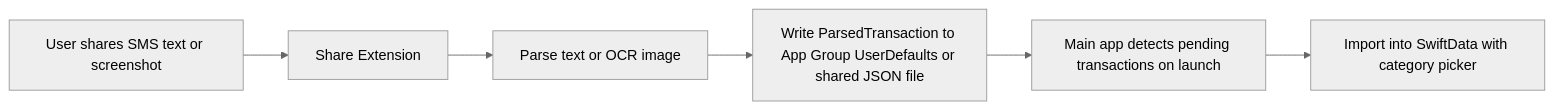
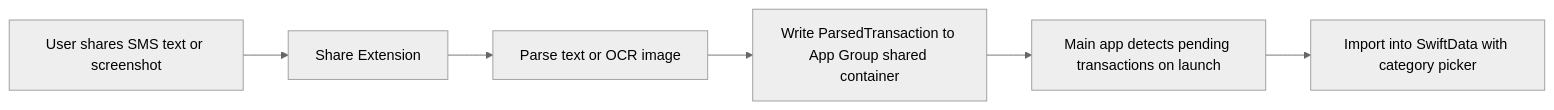
Before and after one commit to J-Mumo/PesaTrack: the second of 2 diagrams in plans/ios-implementation-plan.md, drawn with Mermaid (neutral theme). The commit also changed other lines of this file and 15 other files, not shown here.

````diff
--- a/plans/ios-implementation-plan.md
+++ b/plans/ios-implementation-plan.md
@@ -353,8 +418,8 @@
 ```mermaid
 flowchart LR
     A[User shares SMS text or screenshot] --> B[Share Extension]
     B --> C[Parse text or OCR image]
-    C --> D[Write ParsedTransaction to App Group UserDefaults or shared JSON file]
+    C --> D[Write ParsedTransaction to App Group shared container]
     D --> E[Main app detects pending transactions on launch]
     E --> F[Import into SwiftData with category picker]
 ```
````
